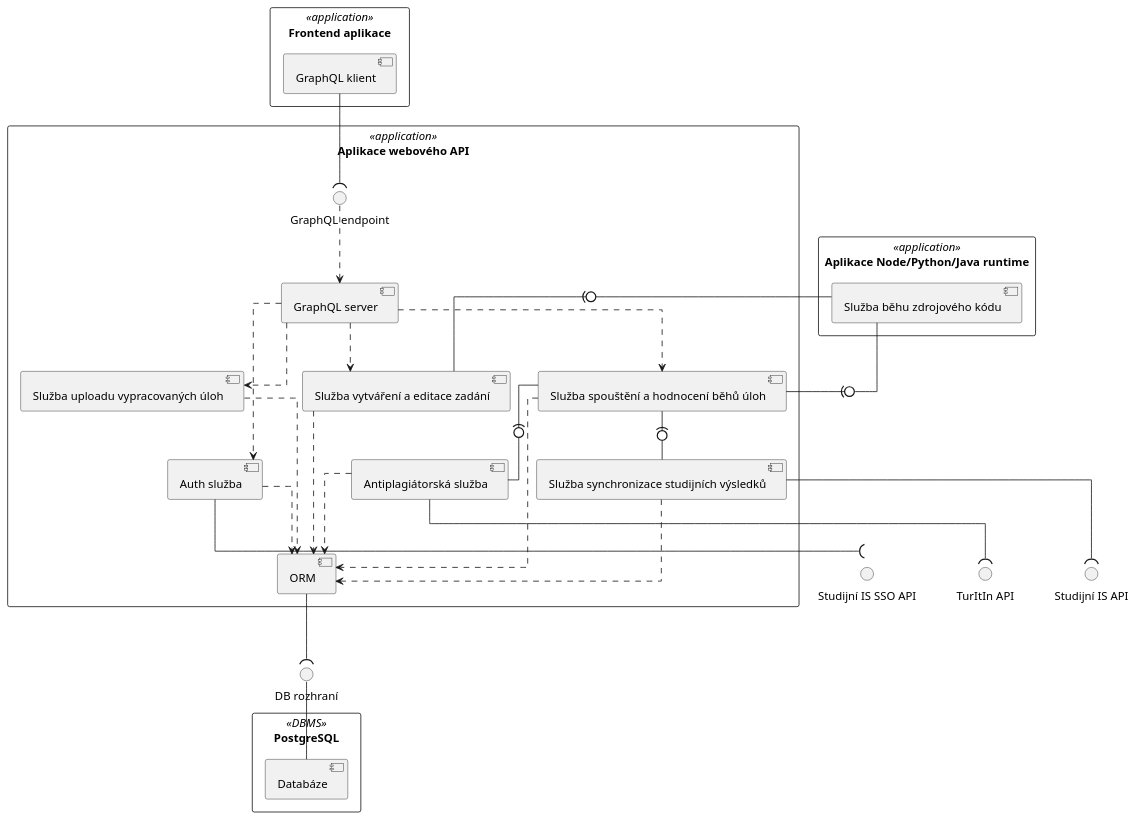
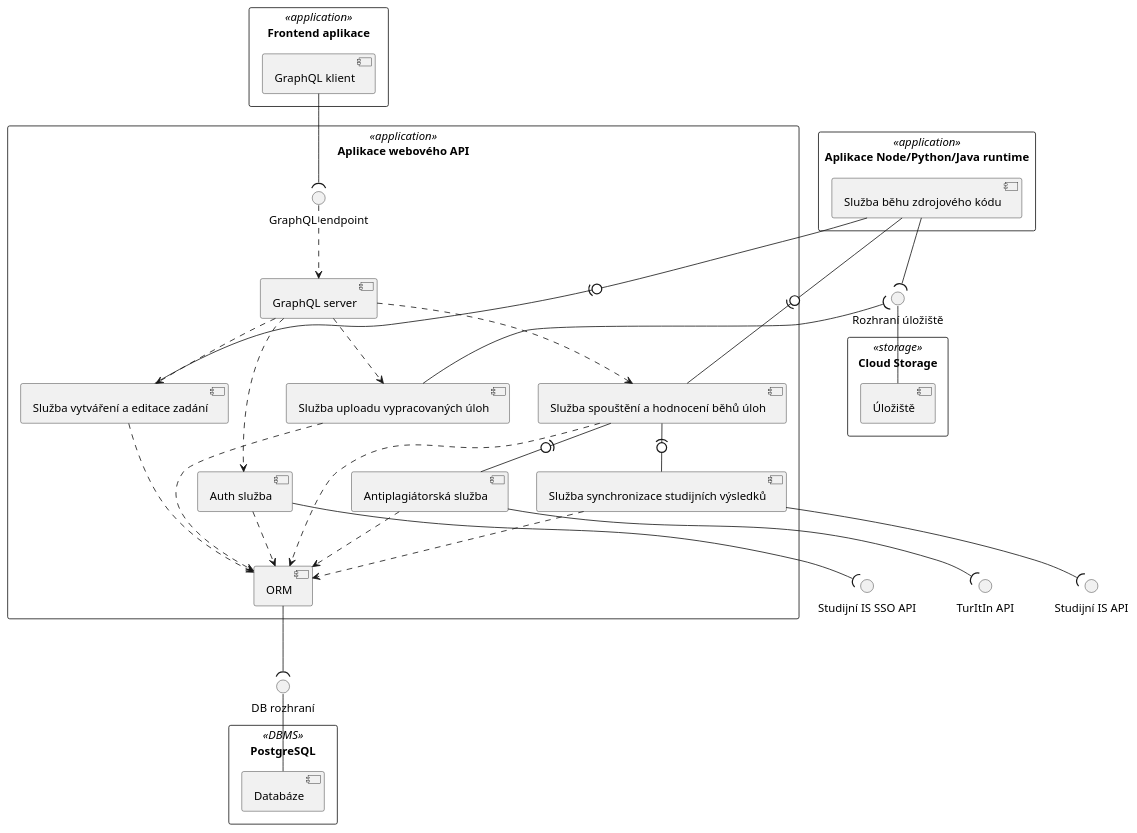
Before and after one commit to pehovorka/4IT575_architektury_docs: the diagram in assets/diagrams/src/soa/components.puml, drawn with PlantUML. The commit also changed 6 other files, not shown here.

Commit message:
Add SOA components diagram description.

```diff
--- a/assets/diagrams/src/soa/components.puml
+++ b/assets/diagrams/src/soa/components.puml
@@ -1,67 +1,73 @@
 @startuml
-skinparam linetype ortho
-
 rectangle "Frontend aplikace" <<application>> as frontendApp {
     component "GraphQL klient" as graphqlClient
 }
 
 rectangle "Aplikace webového API" <<application>> as webApiApp {
     component "GraphQL server" as graphqlServer
     component "Antiplagiátorská služba" as antiplagiarismService
     component "Auth služba" as authService
     component "Služba synchronizace studijních výsledků" as gradingSyncService
     component "Služba spouštění a hodnocení běhů úloh" as assesmentRuntimeAndEvaluationService
     component "Služba vytváření a editace zadání" as assessmentCreationService
     component "Služba uploadu vypracovaných úloh" as uploadService
     component "ORM" as ORM
 
     interface "GraphQL endpoint" as graphqlInterface
 }
 
 rectangle "Aplikace Node/Python/Java runtime" <<application>> as runtimeEnv {
     component "Služba běhu zdrojového kódu" as runtimeService
 }
 
 rectangle "PostgreSQL" <<DBMS>> {
     component "Databáze" as DB
 }
 
+rectangle "Cloud Storage" <<storage>> {
+    component "Úložiště" as storage
+}
 
 interface "TurItIn API" as turnitinAPI
 interface "Studijní IS SSO API" as studyISSSO
 interface "Studijní IS API" as studyISAPI
 interface "DB rozhraní" as dbInterface
+interface "Rozhraní úložiště" as storageInterface
 
 
 graphqlClient --( graphqlInterface
 graphqlInterface ..> graphqlServer
 
 graphqlServer ..> assessmentCreationService
 graphqlServer ..> assesmentRuntimeAndEvaluationService
 graphqlServer ..> authService
 graphqlServer ..> uploadService
 
 assesmentRuntimeAndEvaluationService -(0- gradingSyncService
 assesmentRuntimeAndEvaluationService -(0- antiplagiarismService
 
 assesmentRuntimeAndEvaluationService -u(0- runtimeService
 assessmentCreationService -u(0- runtimeService
 
 
 antiplagiarismService --( turnitinAPI
 authService --( studyISSSO
 gradingSyncService --( studyISAPI
 
 assessmentCreationService ..> ORM
 assesmentRuntimeAndEvaluationService ..> ORM
 uploadService ..> ORM
 gradingSyncService ..> ORM
 antiplagiarismService ..> ORM
 authService ..> ORM
 
 
 ORM --( dbInterface
 dbInterface -- DB
 
+uploadService -up-( storageInterface
+runtimeService --( storageInterface
+storageInterface -down- storage
+
 
 @enduml
```
